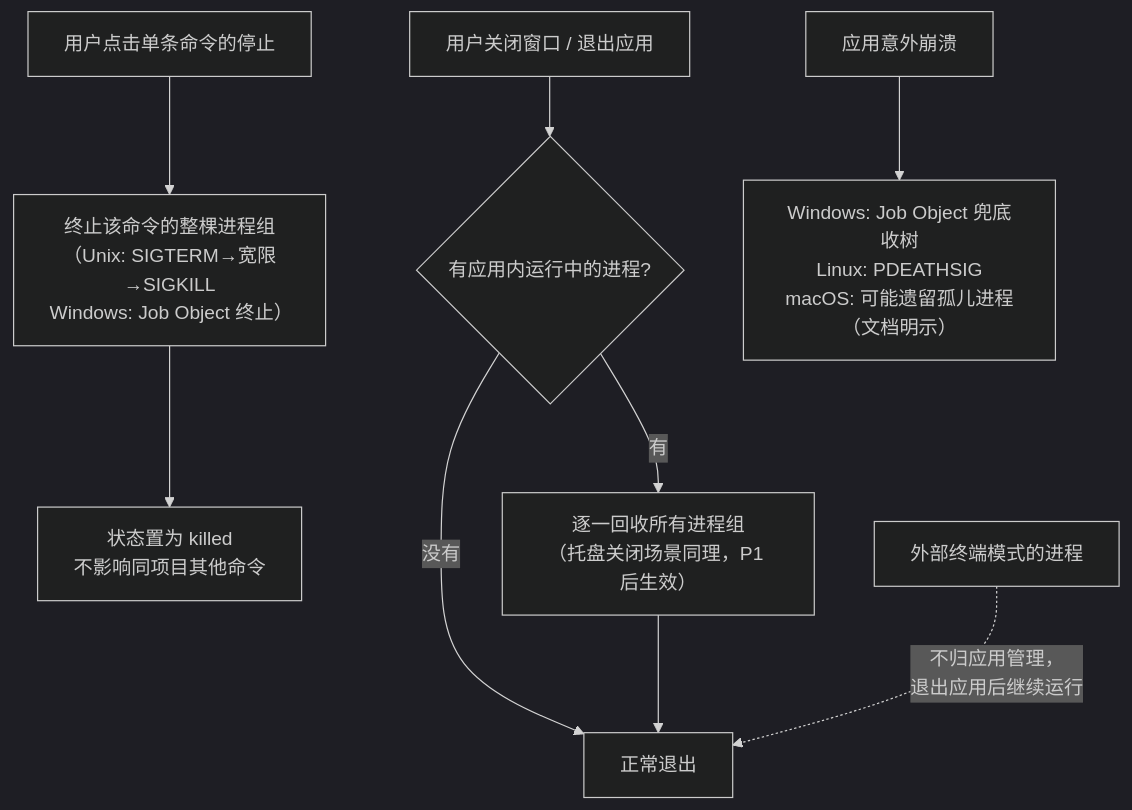
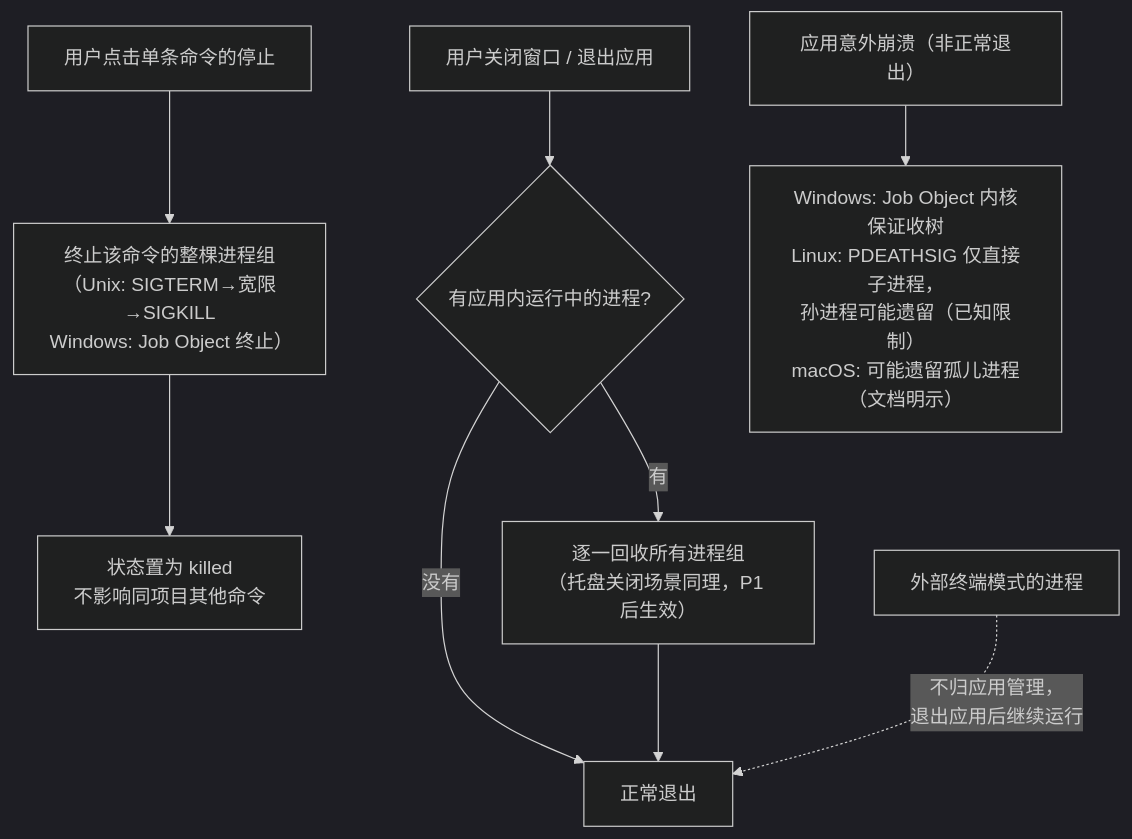
One commit to iceblyte/squirl changed the fourth of 4 diagrams in docs/需求分析文档-汇总版.md. Above: the diagram before and after it, drawn with Mermaid (dark theme). The commit also changed other lines of this file, not shown here.

````diff
--- a/docs/需求分析文档-汇总版.md
+++ b/docs/需求分析文档-汇总版.md
@@ -255,11 +280,11 @@
 ```mermaid
 flowchart TD
     A["用户点击单条命令的停止"] --> B["终止该命令的整棵进程组<br>（Unix: SIGTERM→宽限→SIGKILL<br>Windows: Job Object 终止）"]
     B --> C["状态置为 killed<br>不影响同项目其他命令"]
     D["用户关闭窗口 / 退出应用"] --> E{"有应用内运行中的进程?"}
     E -- "有" --> F["逐一回收所有进程组<br>（托盘关闭场景同理，P1 后生效）"]
     E -- "没有" --> G["正常退出"]
     F --> G
     H["外部终端模式的进程"] -. "不归应用管理，<br>退出应用后继续运行" .-> G
-    I["应用意外崩溃"] --> J["Windows: Job Object 兜底收树<br>Linux: PDEATHSIG<br>macOS: 可能遗留孤儿进程（文档明示）"]
+    I["应用意外崩溃（非正常退出）"] --> J["Windows: Job Object 内核保证收树<br>Linux: PDEATHSIG 仅直接子进程，<br>孙进程可能遗留（已知限制）<br>macOS: 可能遗留孤儿进程（文档明示）"]
 ```
````
